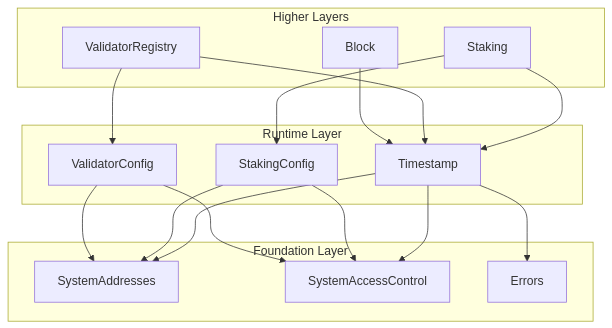
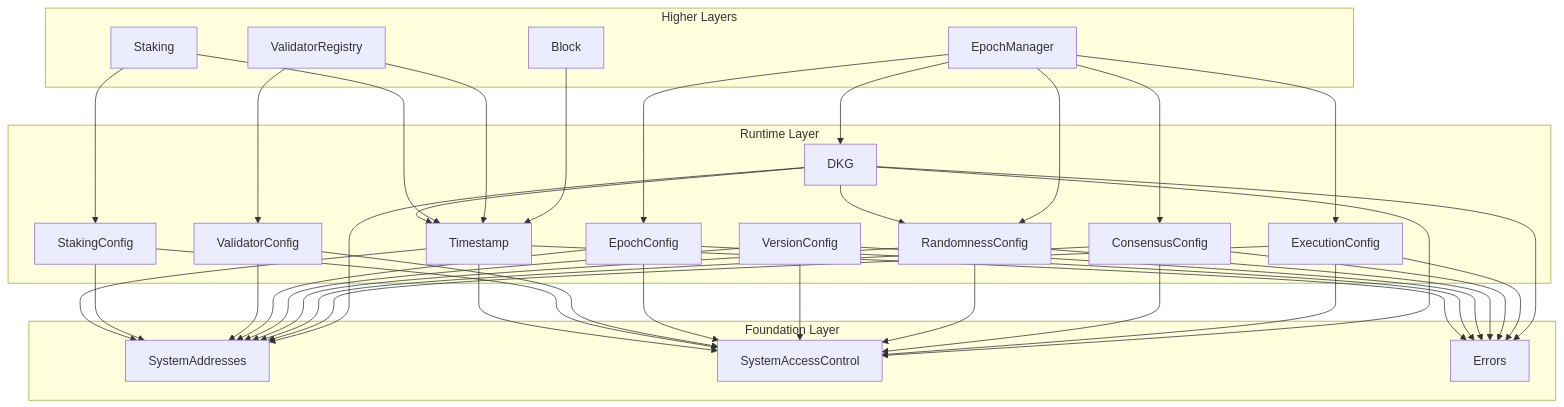
One commit to Galxe/gravity_chain_core_contracts changed the diagram in spec_v2/runtime.spec.md. Above: the diagram before and after it, drawn with Mermaid. The commit also changed other lines of this file and 11 other files, not shown here.

````diff
--- a/spec_v2/runtime.spec.md
+++ b/spec_v2/runtime.spec.md
@@ -39,34 +59,66 @@
 ```mermaid
 graph TD
     subgraph Foundation[Foundation Layer]
         SA[SystemAddresses]
         SAC[SystemAccessControl]
         E[Errors]
     end
     
     subgraph Runtime[Runtime Layer]
         TS[Timestamp]
         SC[StakingConfig]
         VC[ValidatorConfig]
+        EC[EpochConfig]
+        VER[VersionConfig]
+        RC[RandomnessConfig]
+        CC[ConsensusConfig]
+        XC[ExecutionConfig]
+        DKG[DKG]
     end
     
     TS --> SA
     TS --> SAC
     TS --> E
     SC --> SA
     SC --> SAC
     VC --> SA
     VC --> SAC
+    EC --> SA
+    EC --> SAC
+    EC --> E
+    VER --> SA
+    VER --> SAC
+    VER --> E
+    RC --> SA
+    RC --> SAC
+    RC --> E
+    CC --> SA
+    CC --> SAC
+    CC --> E
+    XC --> SA
+    XC --> SAC
+    XC --> E
+    DKG --> SA
+    DKG --> SAC
+    DKG --> E
+    DKG --> RC
+    DKG --> TS
     
     subgraph HigherLayers[Higher Layers]
         Staking
         ValidatorRegistry
         Block
+        EpochManager
     end
     
     Staking --> TS
     Staking --> SC
     ValidatorRegistry --> TS
     ValidatorRegistry --> VC
     Block --> TS
+    EpochManager --> EC
+    EpochManager --> RC
+    EpochManager --> CC
+    EpochManager --> XC
+    EpochManager --> DKG
 ```
````
